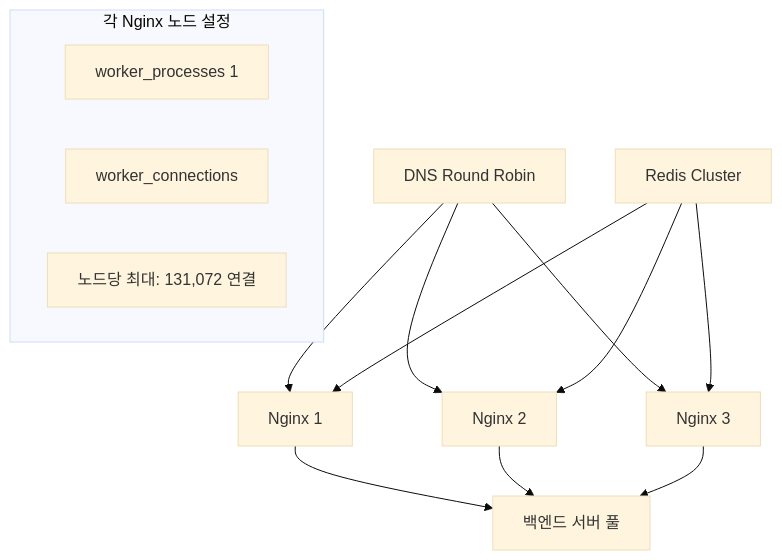
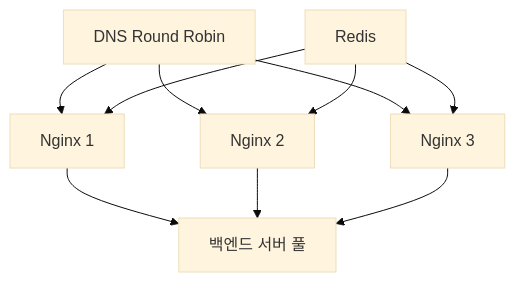
Before and after one commit to yjkim2015/yjkim2015.github.io: diagram 18 of 18 in _posts/server/2026-05-01-nginx.md, drawn with Mermaid (base theme). The commit also changed other lines of this file and 155 other files, not shown here.

First line of the commit message:
Mermaid 전면 수정: subgraph 제거, participant/노드/줄수 축소 (342블록)

````diff
--- a/_posts/server/2026-05-01-nginx.md
+++ b/_posts/server/2026-05-01-nginx.md
@@ -1115,13 +1087,8 @@
 ```mermaid
 graph TD
     DNS["DNS Round Robin"] --> N1["Nginx 1"]
     DNS --> N2["Nginx 2"]
     DNS --> N3["Nginx 3"]
     N1 & N2 & N3 --> UPSTREAM["백엔드 서버 풀"]
-    CACHE["Redis Cluster"] --> N1 & N2 & N3
-    subgraph "각 Nginx 노드 설정"
-        WP["worker_processes 1"]
-        WC["worker_connections"]
-        TOTAL["노드당 최대: 131,072 연결"]
-    end
+    CACHE["Redis"] --> N1 & N2 & N3
 ```
````
